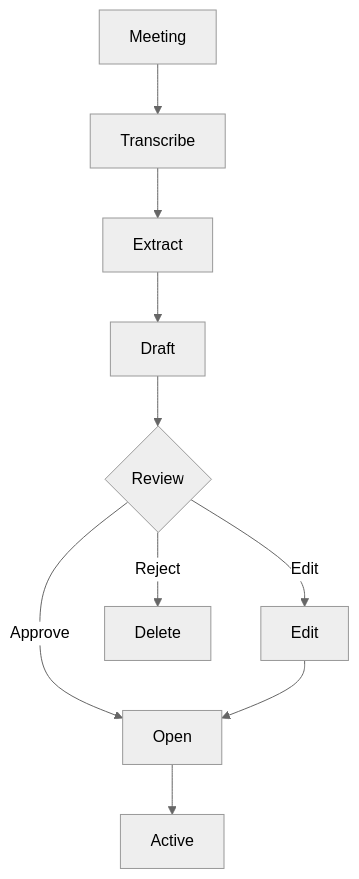
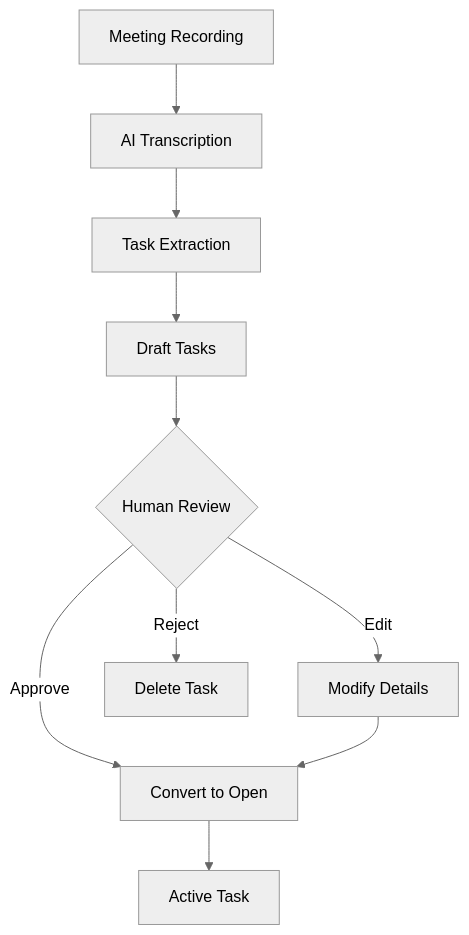
The diagram in src/content/docs/pro/integrations/extract-tasks-from-meetings.mdx (tallyfy/documentation), drawn with Mermaid (neutral theme) before and after one commit.

````diff
--- a/src/content/docs/pro/integrations/extract-tasks-from-meetings.mdx
+++ b/src/content/docs/pro/integrations/extract-tasks-from-meetings.mdx
@@ -78,17 +78,17 @@
 ```mermaid
 flowchart TD
-    Start["Meeting"] --> Transcribe["Transcribe"]
+    Start["Meeting Recording"] --> Transcribe["AI Transcription"]
     
-    Transcribe --> Extract["Extract"]
+    Transcribe --> Extract["Task Extraction"]
     
-    Extract --> Draft["Draft"]
+    Extract --> Draft["Draft Tasks"]
     
-    Draft --> Review{"Review"}
+    Draft --> Review{"Human Review"}
     
-    Review -->|Approve| Convert["Open"]
-    Review -->|Edit| Edit["Edit"]
-    Review -->|Reject| Delete["Delete"]
+    Review -->|Approve| Convert["Convert to Open"]
+    Review -->|Edit| Edit["Modify Details"]
+    Review -->|Reject| Delete["Delete Task"]
     
     Edit --> Convert
-    Convert --> Track["Active"]
+    Convert --> Track["Active Task"]
 ```
````
